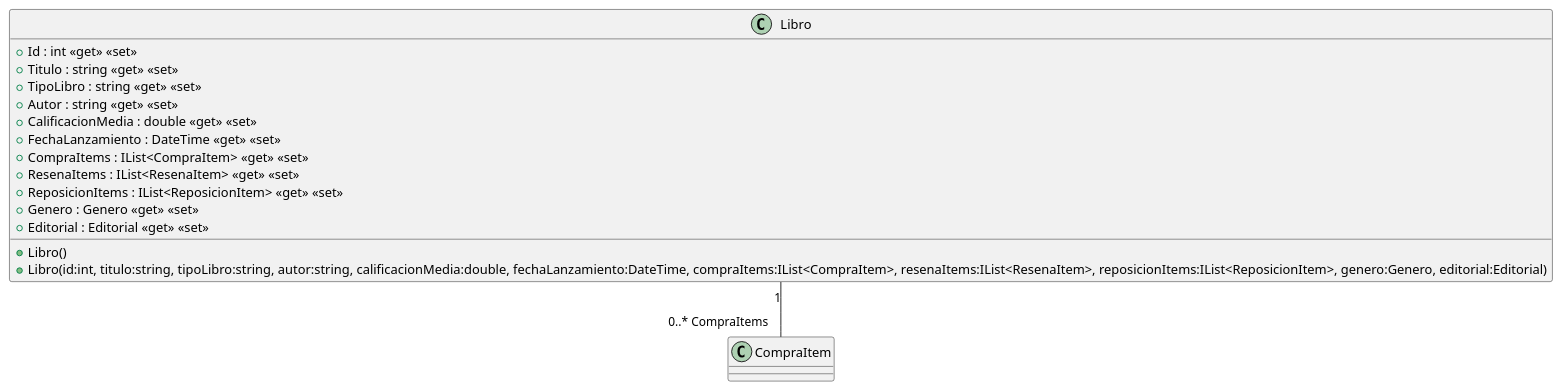
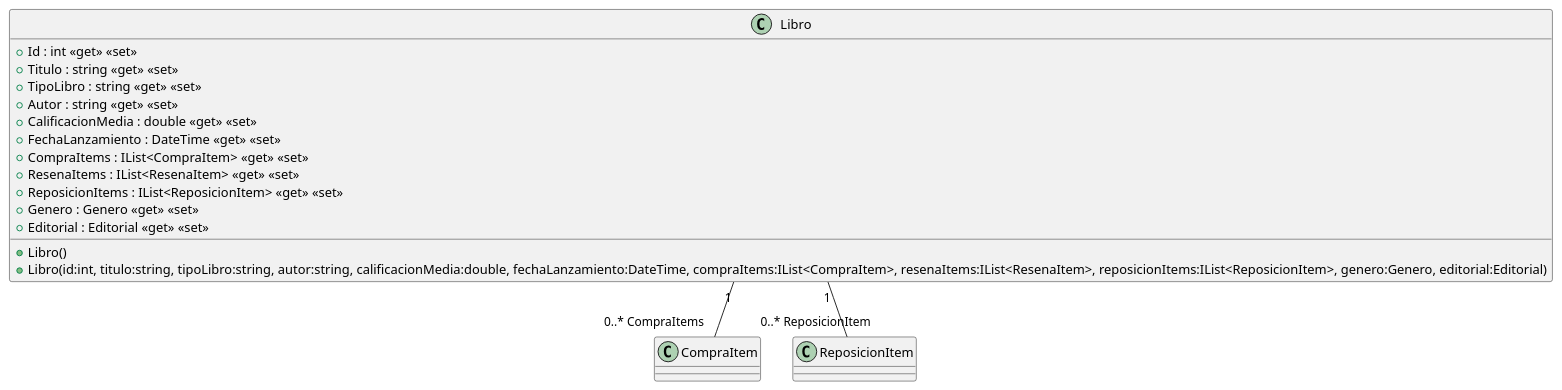
Before and after one commit to ISII2627SoftwareEngineers/ISII2627SoftwareEngineers: the diagram in src/AppForSEII.API/ClassDiagram/Libro.puml, drawn with PlantUML. The commit also changed 4 other files, not shown here.

Commit message:
Modificacion diagrama clases CU 2 Reponer libros

```diff
--- a/src/AppForSEII.API/ClassDiagram/Libro.puml
+++ b/src/AppForSEII.API/ClassDiagram/Libro.puml
@@ -1,19 +1,21 @@
 @startuml
 class Libro {
     + Libro()
     + Libro(id:int, titulo:string, tipoLibro:string, autor:string, calificacionMedia:double, fechaLanzamiento:DateTime, compraItems:IList<CompraItem>, resenaItems:IList<ResenaItem>, reposicionItems:IList<ReposicionItem>, genero:Genero, editorial:Editorial)
     + Id : int <<get>> <<set>>
     + Titulo : string <<get>> <<set>>
     + TipoLibro : string <<get>> <<set>>
     + Autor : string <<get>> <<set>>
     + CalificacionMedia : double <<get>> <<set>>
     + FechaLanzamiento : DateTime <<get>> <<set>>
     + CompraItems : IList<CompraItem> <<get>> <<set>>
     + ResenaItems : IList<ResenaItem> <<get>> <<set>>
     + ReposicionItems : IList<ReposicionItem> <<get>> <<set>>
     + Genero : Genero <<get>> <<set>>
     + Editorial : Editorial <<get>> <<set>>
 }
 'para caso de uso comprar libros
 Libro "1" -- "0..* CompraItems" CompraItem 
+
+Libro "1" -- "0..* ReposicionItem" ReposicionItem 
 @enduml
```
